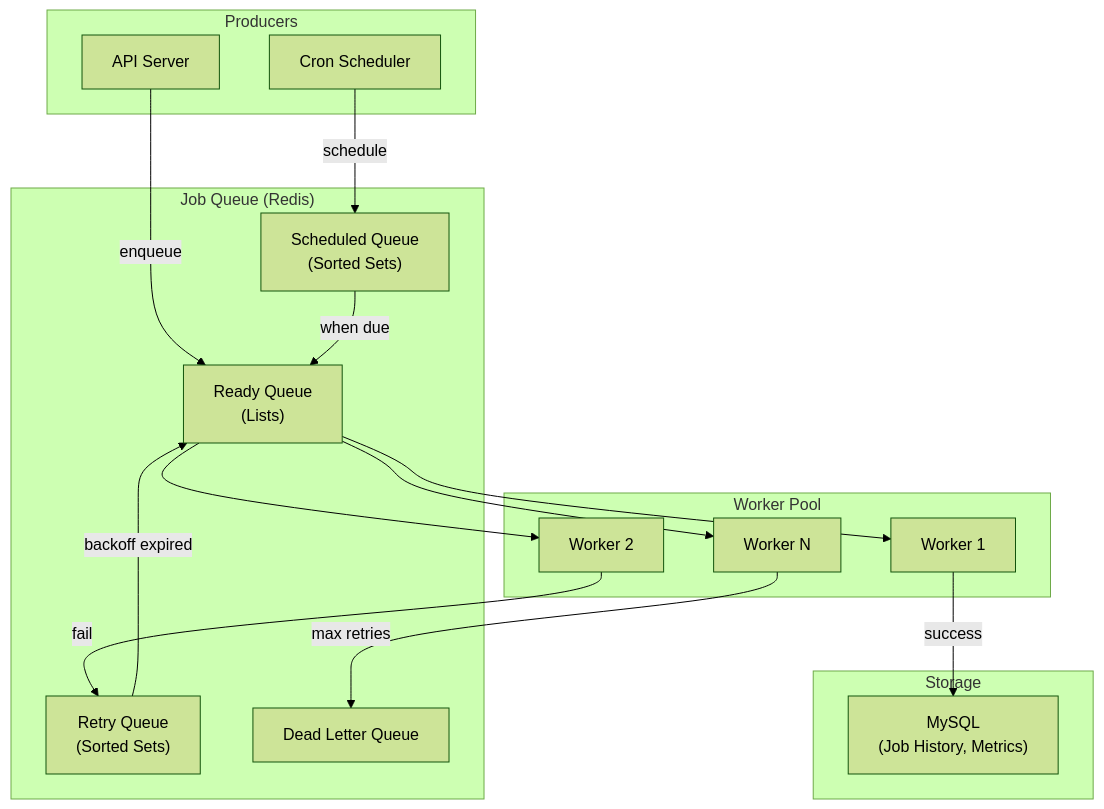
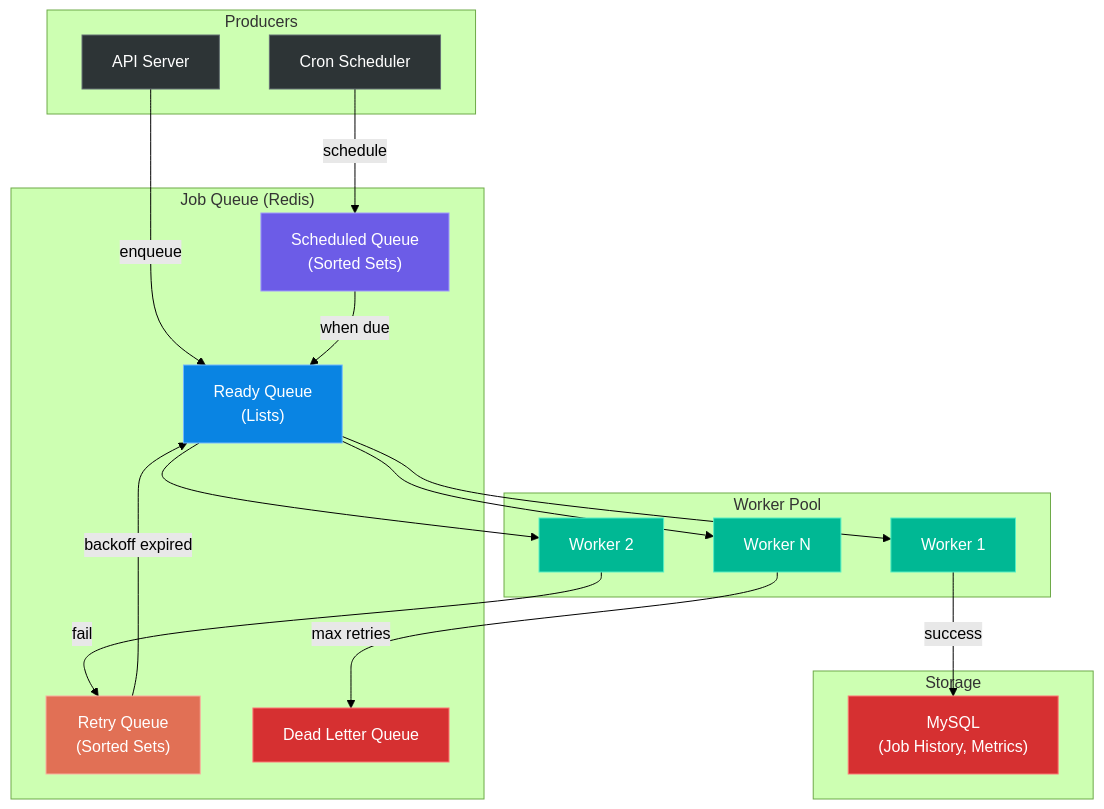
One commit to 6066606/u changed the ninth of 12 diagrams in content/docs/portfolio-preparation-guide-for-backend-engineer-at-straitsx.md. Above: the diagram before and after it, drawn with Mermaid (forest theme). The commit also changed other lines of this file and 1 other file, not shown here.

````diff
--- a/content/docs/portfolio-preparation-guide-for-backend-engineer-at-straitsx.md
+++ b/content/docs/portfolio-preparation-guide-for-backend-engineer-at-straitsx.md
@@ -350,36 +1085,46 @@
 ```mermaid
 graph TB
     subgraph "Producers"
         API["API Server"]
         CRON["Cron Scheduler"]
     end
 
     subgraph "Job Queue (Redis)"
         READY["Ready Queue<br/>(Lists)"]
         SCHEDULED["Scheduled Queue<br/>(Sorted Sets)"]
         RETRY["Retry Queue<br/>(Sorted Sets)"]
         DLQ["Dead Letter Queue"]
     end
 
     subgraph "Worker Pool"
         W1["Worker 1"]
         W2["Worker 2"]
         W3["Worker N"]
     end
 
     subgraph "Storage"
         MYSQL["MySQL<br/>(Job History, Metrics)"]
     end
 
     API -->|"enqueue"| READY
     CRON -->|"schedule"| SCHEDULED
     SCHEDULED -->|"when due"| READY
     READY --> W1
     READY --> W2
     READY --> W3
     W1 -->|"success"| MYSQL
     W2 -->|"fail"| RETRY
     RETRY -->|"backoff expired"| READY
     W3 -->|"max retries"| DLQ
 
+    style API fill:#2d3436,stroke:#636e72,color:#fff
+    style CRON fill:#2d3436,stroke:#636e72,color:#fff
+    style READY fill:#0984e3,stroke:#74b9ff,color:#fff
+    style SCHEDULED fill:#6c5ce7,stroke:#a29bfe,color:#fff
+    style RETRY fill:#e17055,stroke:#fab1a0,color:#fff
+    style DLQ fill:#d63031,stroke:#ff7675,color:#fff
+    style W1 fill:#00b894,stroke:#55efc4,color:#fff
+    style W2 fill:#00b894,stroke:#55efc4,color:#fff
+    style W3 fill:#00b894,stroke:#55efc4,color:#fff
+    style MYSQL fill:#d63031,stroke:#ff7675,color:#fff
 ```
````
